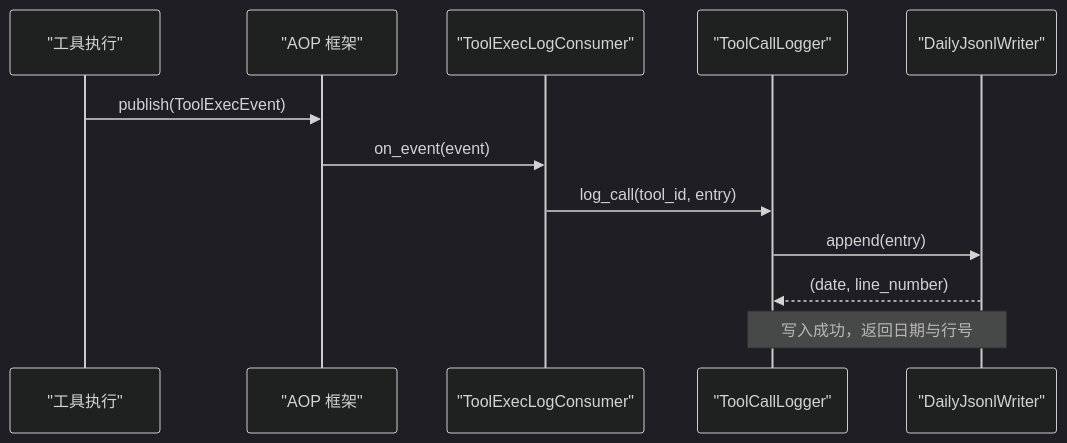
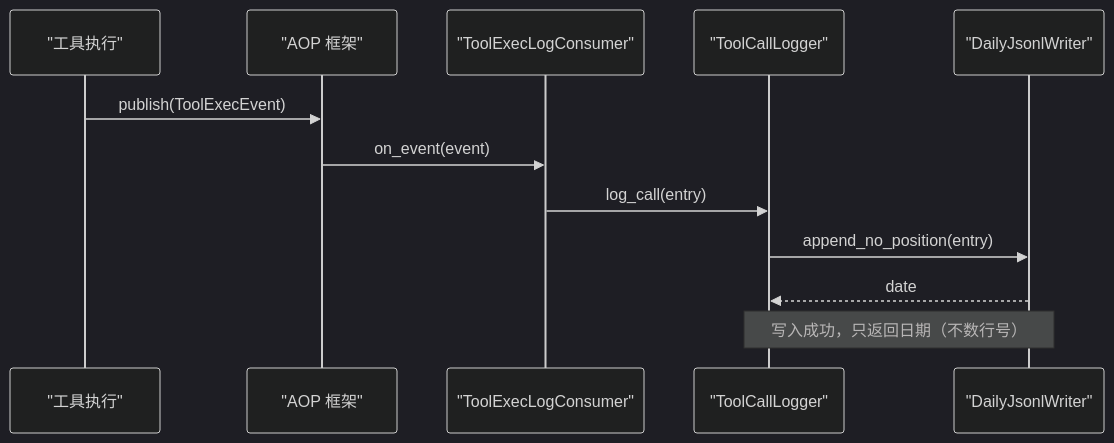
Before and after one commit to runningcoders/ai_orz: the fourth of 7 diagrams in docs/wiki/zh/content/基础设施/日志系统.md, drawn with Mermaid (dark theme). The commit also changed other lines of this file and 6 other files, not shown here.

Commit message:
docs(wiki): 同步工具调用追踪与记忆写入现状 — call trace 路径改为 tools/call_trace/{YYYYMMDD}.jsonl，log_call/DailyJsonlWriter 签名与时序图更新（拉平 + 不数行 + append_batch），ToolCallLogger 不再按 tool_id 组织目录

````diff
--- a/docs/wiki/zh/content/基础设施/日志系统.md
+++ b/docs/wiki/zh/content/基础设施/日志系统.md
@@ -195,14 +195,14 @@
 ```mermaid
 sequenceDiagram
 participant Exec as "工具执行"
 participant AOP as "AOP 框架"
 participant Cons as "ToolExecLogConsumer"
 participant TL as "ToolCallLogger"
 participant DJ as "DailyJsonlWriter"
 Exec->>AOP : publish(ToolExecEvent)
 AOP->>Cons : on_event(event)
-Cons->>TL : log_call(tool_id, entry)
-TL->>DJ : append(entry)
-DJ-->>TL : (date, line_number)
-Note over TL,DJ : 写入成功，返回日期与行号
+Cons->>TL : log_call(entry)
+TL->>DJ : append_no_position(entry)
+DJ-->>TL : date
+Note over TL,DJ : 写入成功，只返回日期（不数行号）
 ```
````
